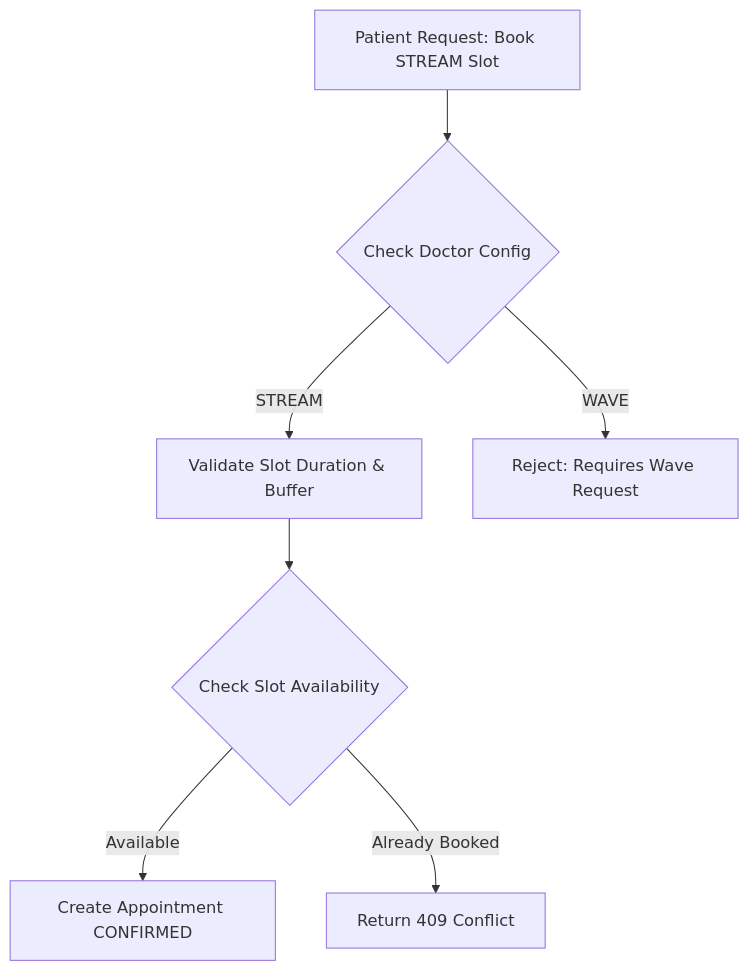
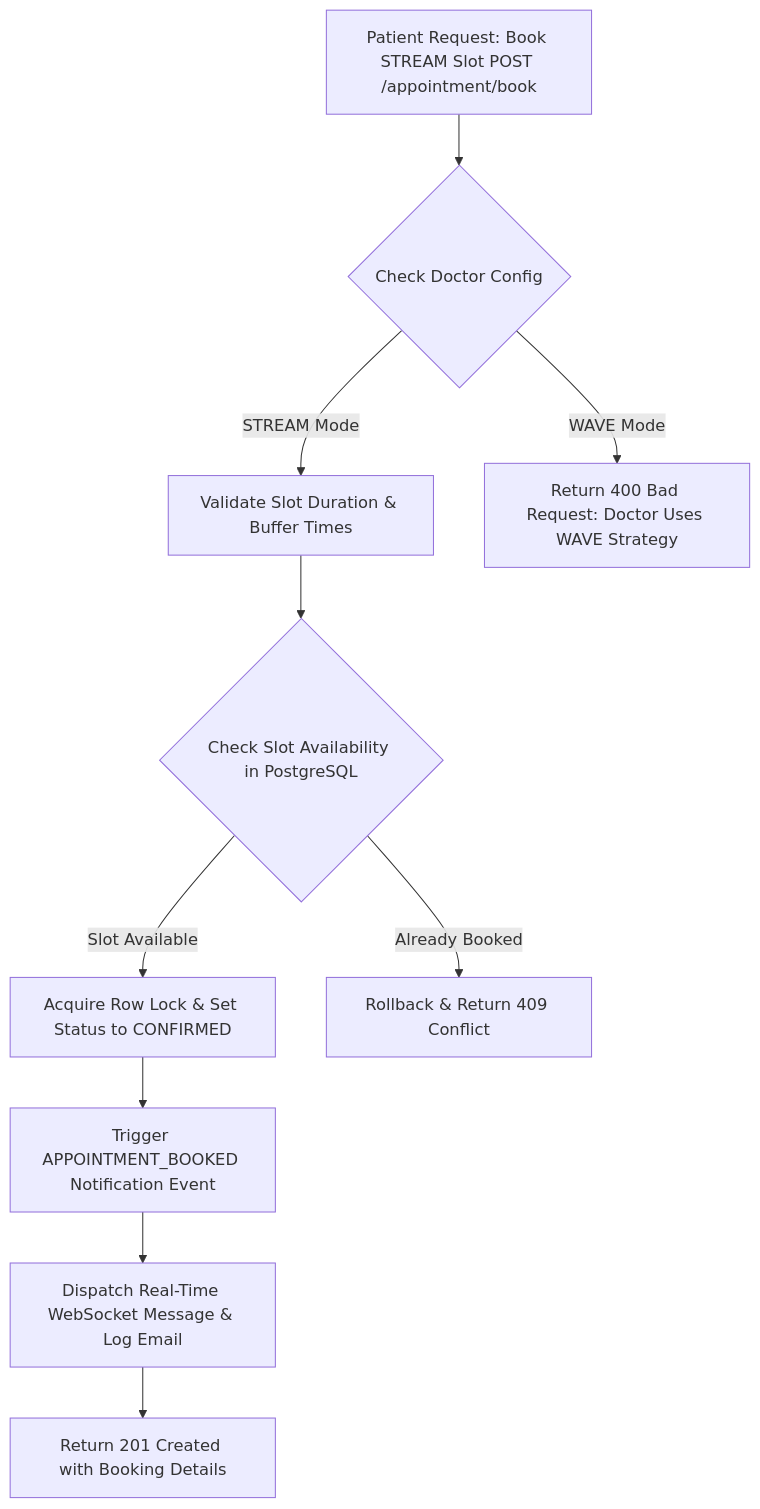
The first of 7 diagrams in docs/FLOWCHARTS.md (Jagadeesh729/schedula-jagadeesh), drawn with Mermaid before and after one commit. The commit also changed other lines of this file, not shown here.

Commit message:
docs(flowcharts): add comprehensive Mermaid flowcharts for all 7 milestones and workflows

````diff
--- a/docs/FLOWCHARTS.md
+++ b/docs/FLOWCHARTS.md
@@ -3,9 +9,12 @@
 ```mermaid
 graph TD
-    A[Patient Request: Book STREAM Slot] --> B{Check Doctor Config}
-    B -->|STREAM| C[Validate Slot Duration & Buffer]
-    C --> D{Check Slot Availability}
-    D -->|Available| E[Create Appointment CONFIRMED]
-    D -->|Already Booked| F[Return 409 Conflict]
-    B -->|WAVE| G[Reject: Requires Wave Request]
+    A[Patient Request: Book STREAM Slot POST /appointment/book] --> B{Check Doctor Config}
+    B -->|STREAM Mode| C[Validate Slot Duration & Buffer Times]
+    C --> D{Check Slot Availability in PostgreSQL}
+    D -->|Slot Available| E[Acquire Row Lock & Set Status to CONFIRMED]
+    E --> F[Trigger APPOINTMENT_BOOKED Notification Event]
+    F --> G[Dispatch Real-Time WebSocket Message & Log Email]
+    G --> H[Return 201 Created with Booking Details]
+    D -->|Already Booked| I[Rollback & Return 409 Conflict]
+    B -->|WAVE Mode| J[Return 400 Bad Request: Doctor Uses WAVE Strategy]
 ```
````
